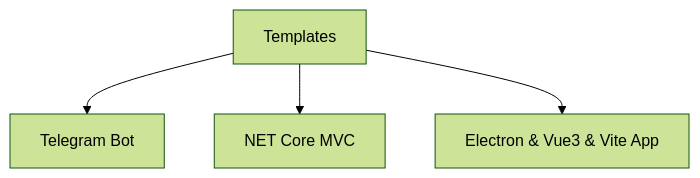
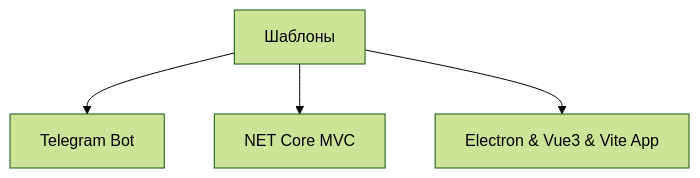
Before and after one commit to Dvurechensky/Dvurechensky: the seventh of 7 diagrams in docs/en.md, drawn with Mermaid (forest theme). The commit also changed other lines of this file and 2 other files, not shown here.

````diff
--- a/docs/en.md
+++ b/docs/en.md
@@ -281,7 +278,7 @@
 ```mermaid
 graph TD
-  C[Templates]
+  C[Шаблоны]
   C --> W[Telegram Bot]
   C --> W1[NET Core MVC]
   C --> W2[Electron & Vue3 & Vite App]
 ```
````
